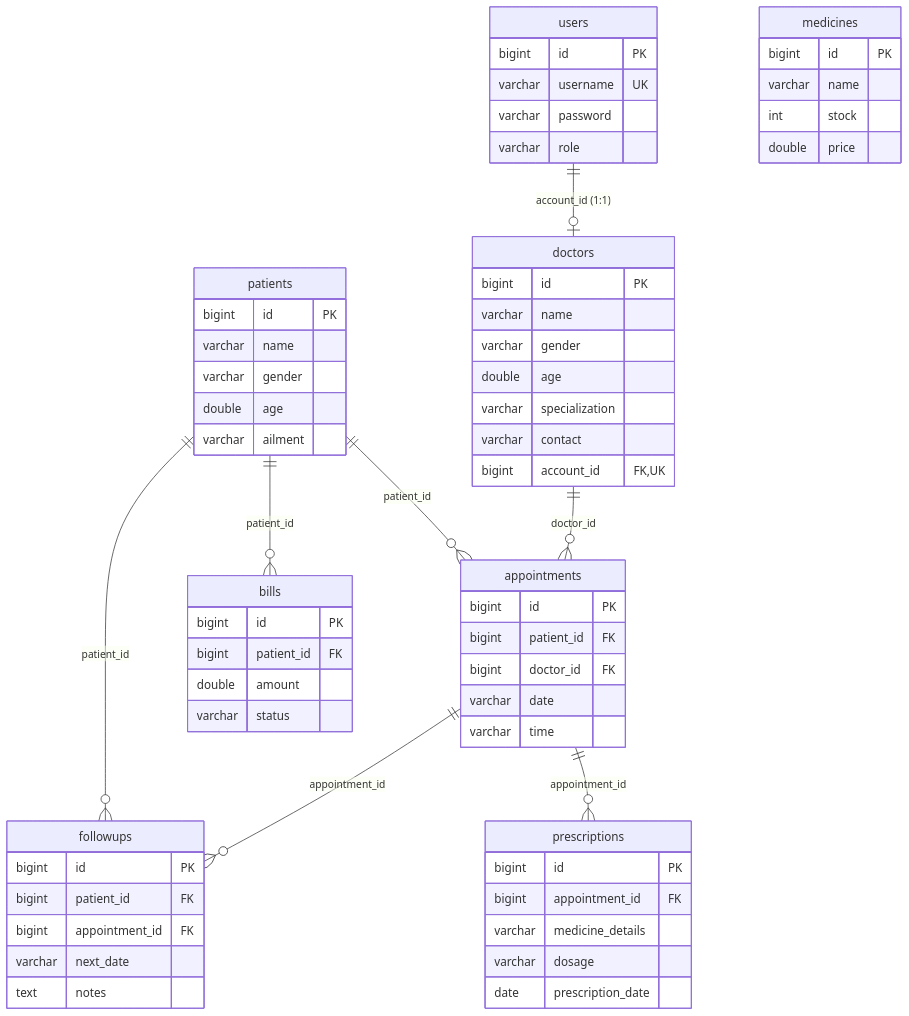
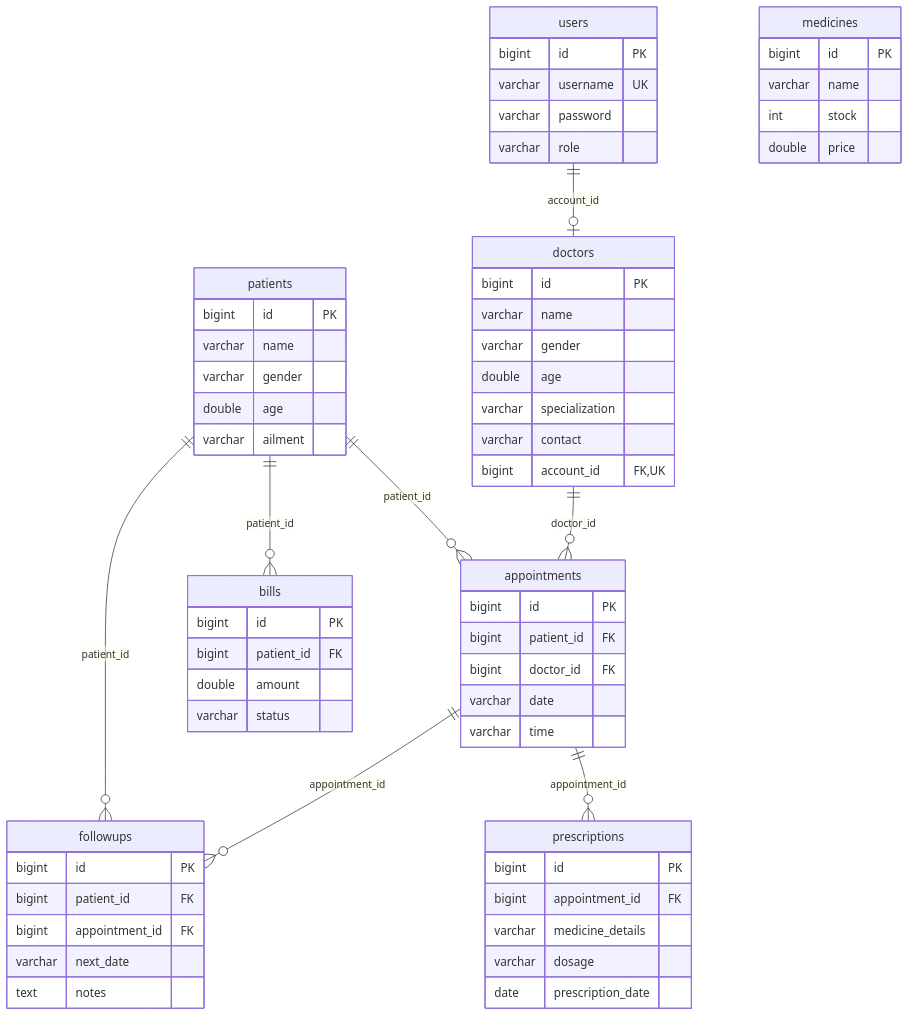
Before and after one commit to xKaaL-EL/Apollo-Clinic: the diagram in README.md, drawn with Mermaid. The commit also changed other lines of this file, not shown here.

````diff
--- a/README.md
+++ b/README.md
@@ -211,66 +55,66 @@
 ```mermaid
 erDiagram
-    users ||--o| doctors : "account_id (1:1)"
+    users ||--o| doctors : "account_id"
     patients ||--o{ appointments : "patient_id"
     doctors ||--o{ appointments : "doctor_id"
     patients ||--o{ bills : "patient_id"
     patients ||--o{ followups : "patient_id"
     appointments ||--o{ followups : "appointment_id"
     appointments ||--o{ prescriptions : "appointment_id"
 
     users {
         bigint id PK
         varchar username UK
         varchar password
         varchar role
     }
     doctors {
         bigint id PK
         varchar name
         varchar gender
         double age
         varchar specialization
         varchar contact
         bigint account_id FK,UK
     }
     patients {
         bigint id PK
         varchar name
         varchar gender
         double age
         varchar ailment
     }
     appointments {
         bigint id PK
         bigint patient_id FK
         bigint doctor_id FK
         varchar date
         varchar time
     }
     bills {
         bigint id PK
         bigint patient_id FK
         double amount
         varchar status
     }
     followups {
         bigint id PK
         bigint patient_id FK
         bigint appointment_id FK
         varchar next_date
         text notes
     }
     medicines {
         bigint id PK
         varchar name
         int stock
         double price
     }
     prescriptions {
         bigint id PK
         bigint appointment_id FK
         varchar medicine_details
         varchar dosage
         date prescription_date
     }
 ```
````
